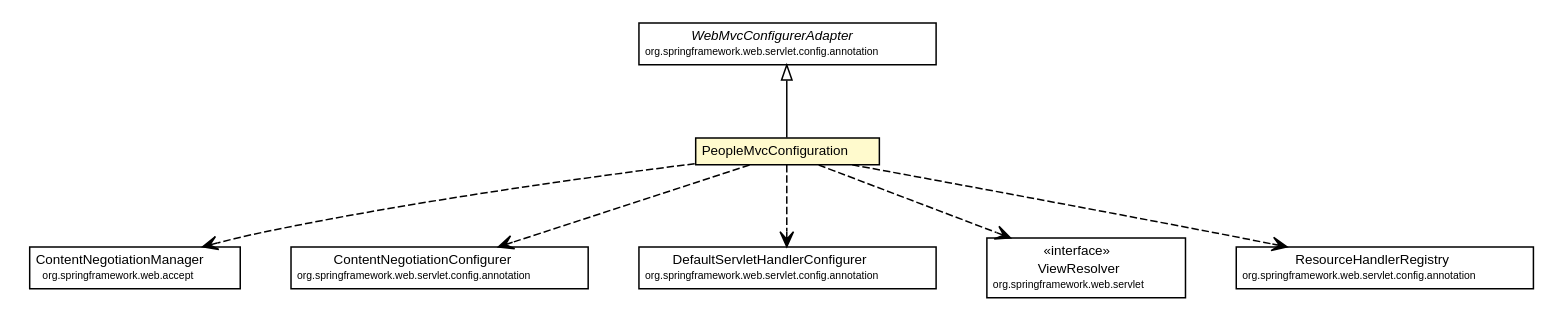
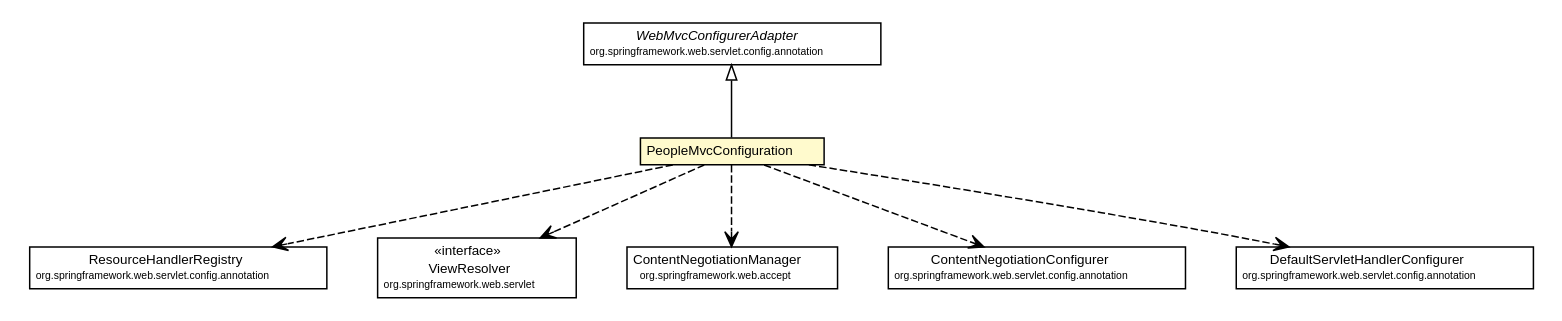
Before and after one commit to willmorejg/net.ljcomputing.ecsr: the diagram in net.ljcomputing.people-web/docs/javadoc/apidocs/net/ljcomputing/people/web/config/PeopleMvcConfiguration.dot, drawn with Graphviz. The commit also changed 252 other files, not shown here.

```diff
--- a/net.ljcomputing.people-web/docs/javadoc/apidocs/net/ljcomputing/people/web/config/PeopleMvcConfiguration.dot
+++ b/net.ljcomputing.people-web/docs/javadoc/apidocs/net/ljcomputing/people/web/config/PeopleMvcConfiguration.dot
@@ -1,73 +1,73 @@
 #!/usr/local/bin/dot
 #
 # Class diagram 
 # Generated by UMLGraph version R5_6 (http://www.umlgraph.org/)
 #
 
 digraph G {
 	edge [fontname="Helvetica",fontsize=10,labelfontname="Helvetica",labelfontsize=10];
 	node [fontname="Helvetica",fontsize=10,shape=plaintext];
 	nodesep=0.25;
 	ranksep=0.5;
 	// net.ljcomputing.people.web.config.PeopleMvcConfiguration
 	c140 [label=<<table title="net.ljcomputing.people.web.config.PeopleMvcConfiguration" border="0" cellborder="1" cellspacing="0" cellpadding="2" port="p" bgcolor="lemonChiffon" href="./PeopleMvcConfiguration.html">
 		<tr><td><table border="0" cellspacing="0" cellpadding="1">
 <tr><td align="center" balign="center"> PeopleMvcConfiguration </td></tr>
 		</table></td></tr>
 		</table>>, URL="./PeopleMvcConfiguration.html", fontname="Helvetica", fontcolor="black", fontsize=9.0];
 	//net.ljcomputing.people.web.config.PeopleMvcConfiguration extends org.springframework.web.servlet.config.annotation.WebMvcConfigurerAdapter
 	c153:p -> c140:p [dir=back,arrowtail=empty];
+	// net.ljcomputing.people.web.config.PeopleMvcConfiguration DEPEND org.springframework.web.servlet.config.annotation.ResourceHandlerRegistry
+	c140:p -> c157:p [taillabel="", label="", headlabel="", fontname="Helvetica", fontcolor="black", fontsize=10.0, color="black", arrowhead=open, style=dashed];
+	// net.ljcomputing.people.web.config.PeopleMvcConfiguration DEPEND org.springframework.web.servlet.ViewResolver
+	c140:p -> c159:p [taillabel="", label="", headlabel="", fontname="Helvetica", fontcolor="black", fontsize=10.0, color="black", arrowhead=open, style=dashed];
 	// net.ljcomputing.people.web.config.PeopleMvcConfiguration DEPEND org.springframework.web.accept.ContentNegotiationManager
-	c140:p -> c158:p [taillabel="", label="", headlabel="", fontname="Helvetica", fontcolor="black", fontsize=10.0, color="black", arrowhead=open, style=dashed];
+	c140:p -> c164:p [taillabel="", label="", headlabel="", fontname="Helvetica", fontcolor="black", fontsize=10.0, color="black", arrowhead=open, style=dashed];
 	// net.ljcomputing.people.web.config.PeopleMvcConfiguration DEPEND org.springframework.web.servlet.config.annotation.ContentNegotiationConfigurer
-	c140:p -> c160:p [taillabel="", label="", headlabel="", fontname="Helvetica", fontcolor="black", fontsize=10.0, color="black", arrowhead=open, style=dashed];
+	c140:p -> c166:p [taillabel="", label="", headlabel="", fontname="Helvetica", fontcolor="black", fontsize=10.0, color="black", arrowhead=open, style=dashed];
 	// net.ljcomputing.people.web.config.PeopleMvcConfiguration DEPEND org.springframework.web.servlet.config.annotation.DefaultServletHandlerConfigurer
-	c140:p -> c163:p [taillabel="", label="", headlabel="", fontname="Helvetica", fontcolor="black", fontsize=10.0, color="black", arrowhead=open, style=dashed];
-	// net.ljcomputing.people.web.config.PeopleMvcConfiguration DEPEND org.springframework.web.servlet.ViewResolver
-	c140:p -> c165:p [taillabel="", label="", headlabel="", fontname="Helvetica", fontcolor="black", fontsize=10.0, color="black", arrowhead=open, style=dashed];
-	// net.ljcomputing.people.web.config.PeopleMvcConfiguration DEPEND org.springframework.web.servlet.config.annotation.ResourceHandlerRegistry
 	c140:p -> c168:p [taillabel="", label="", headlabel="", fontname="Helvetica", fontcolor="black", fontsize=10.0, color="black", arrowhead=open, style=dashed];
-	// org.springframework.web.servlet.config.annotation.DefaultServletHandlerConfigurer
-	c163 [label=<<table title="org.springframework.web.servlet.config.annotation.DefaultServletHandlerConfigurer" border="0" cellborder="1" cellspacing="0" cellpadding="2" port="p">
-		<tr><td><table border="0" cellspacing="0" cellpadding="1">
-<tr><td align="center" balign="center"> DefaultServletHandlerConfigurer </td></tr>
-<tr><td align="center" balign="center"><font point-size="7.0"> org.springframework.web.servlet.config.annotation </font></td></tr>
-		</table></td></tr>
-		</table>>, URL="null", fontname="Helvetica", fontcolor="black", fontsize=9.0];
 	// org.springframework.web.servlet.ViewResolver
-	c165 [label=<<table title="org.springframework.web.servlet.ViewResolver" border="0" cellborder="1" cellspacing="0" cellpadding="2" port="p">
+	c159 [label=<<table title="org.springframework.web.servlet.ViewResolver" border="0" cellborder="1" cellspacing="0" cellpadding="2" port="p">
 		<tr><td><table border="0" cellspacing="0" cellpadding="1">
 <tr><td align="center" balign="center"> &#171;interface&#187; </td></tr>
 <tr><td align="center" balign="center"> ViewResolver </td></tr>
 <tr><td align="center" balign="center"><font point-size="7.0"> org.springframework.web.servlet </font></td></tr>
+		</table></td></tr>
+		</table>>, URL="null", fontname="Helvetica", fontcolor="black", fontsize=9.0];
+	// org.springframework.web.servlet.config.annotation.DefaultServletHandlerConfigurer
+	c168 [label=<<table title="org.springframework.web.servlet.config.annotation.DefaultServletHandlerConfigurer" border="0" cellborder="1" cellspacing="0" cellpadding="2" port="p">
+		<tr><td><table border="0" cellspacing="0" cellpadding="1">
+<tr><td align="center" balign="center"> DefaultServletHandlerConfigurer </td></tr>
+<tr><td align="center" balign="center"><font point-size="7.0"> org.springframework.web.servlet.config.annotation </font></td></tr>
 		</table></td></tr>
 		</table>>, URL="null", fontname="Helvetica", fontcolor="black", fontsize=9.0];
 	// org.springframework.web.servlet.config.annotation.WebMvcConfigurerAdapter
 	c153 [label=<<table title="org.springframework.web.servlet.config.annotation.WebMvcConfigurerAdapter" border="0" cellborder="1" cellspacing="0" cellpadding="2" port="p">
 		<tr><td><table border="0" cellspacing="0" cellpadding="1">
 <tr><td align="center" balign="center"><font face="Helvetica-Oblique"> WebMvcConfigurerAdapter </font></td></tr>
 <tr><td align="center" balign="center"><font point-size="7.0"> org.springframework.web.servlet.config.annotation </font></td></tr>
 		</table></td></tr>
 		</table>>, URL="null", fontname="Helvetica", fontcolor="black", fontsize=9.0];
 	// org.springframework.web.servlet.config.annotation.ResourceHandlerRegistry
-	c168 [label=<<table title="org.springframework.web.servlet.config.annotation.ResourceHandlerRegistry" border="0" cellborder="1" cellspacing="0" cellpadding="2" port="p">
+	c157 [label=<<table title="org.springframework.web.servlet.config.annotation.ResourceHandlerRegistry" border="0" cellborder="1" cellspacing="0" cellpadding="2" port="p">
 		<tr><td><table border="0" cellspacing="0" cellpadding="1">
 <tr><td align="center" balign="center"> ResourceHandlerRegistry </td></tr>
 <tr><td align="center" balign="center"><font point-size="7.0"> org.springframework.web.servlet.config.annotation </font></td></tr>
 		</table></td></tr>
 		</table>>, URL="null", fontname="Helvetica", fontcolor="black", fontsize=9.0];
 	// org.springframework.web.accept.ContentNegotiationManager
-	c158 [label=<<table title="org.springframework.web.accept.ContentNegotiationManager" border="0" cellborder="1" cellspacing="0" cellpadding="2" port="p">
+	c164 [label=<<table title="org.springframework.web.accept.ContentNegotiationManager" border="0" cellborder="1" cellspacing="0" cellpadding="2" port="p">
 		<tr><td><table border="0" cellspacing="0" cellpadding="1">
 <tr><td align="center" balign="center"> ContentNegotiationManager </td></tr>
 <tr><td align="center" balign="center"><font point-size="7.0"> org.springframework.web.accept </font></td></tr>
 		</table></td></tr>
 		</table>>, URL="null", fontname="Helvetica", fontcolor="black", fontsize=9.0];
 	// org.springframework.web.servlet.config.annotation.ContentNegotiationConfigurer
-	c160 [label=<<table title="org.springframework.web.servlet.config.annotation.ContentNegotiationConfigurer" border="0" cellborder="1" cellspacing="0" cellpadding="2" port="p">
+	c166 [label=<<table title="org.springframework.web.servlet.config.annotation.ContentNegotiationConfigurer" border="0" cellborder="1" cellspacing="0" cellpadding="2" port="p">
 		<tr><td><table border="0" cellspacing="0" cellpadding="1">
 <tr><td align="center" balign="center"> ContentNegotiationConfigurer </td></tr>
 <tr><td align="center" balign="center"><font point-size="7.0"> org.springframework.web.servlet.config.annotation </font></td></tr>
 		</table></td></tr>
 		</table>>, URL="null", fontname="Helvetica", fontcolor="black", fontsize=9.0];
 }
```
